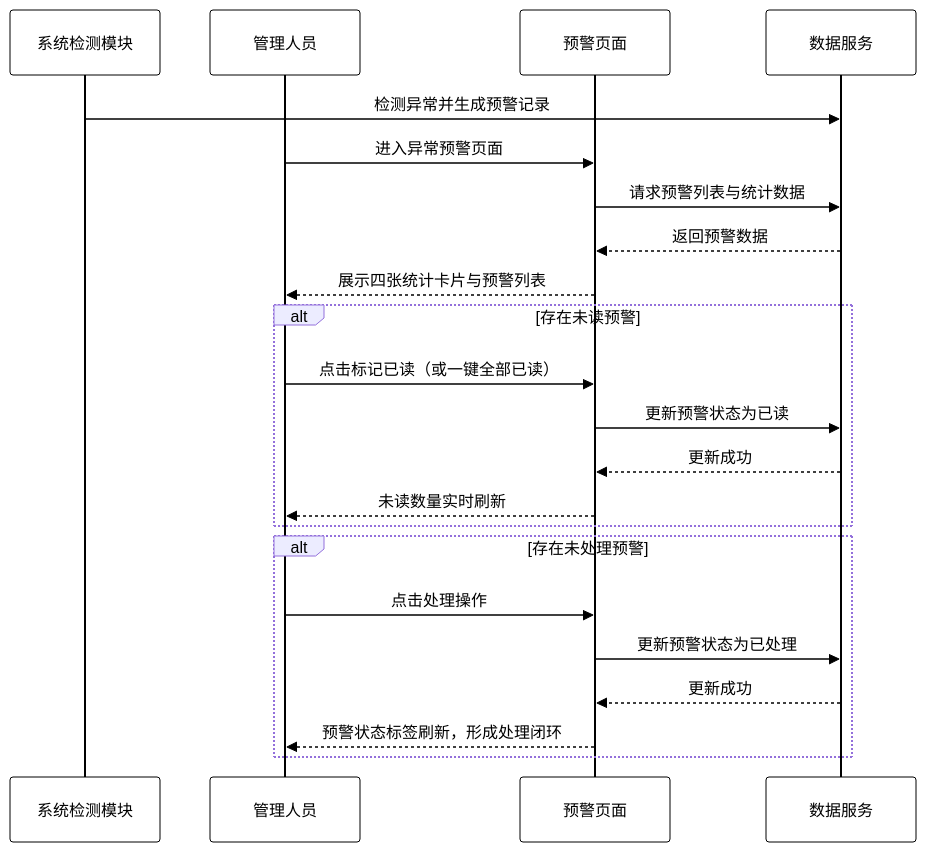
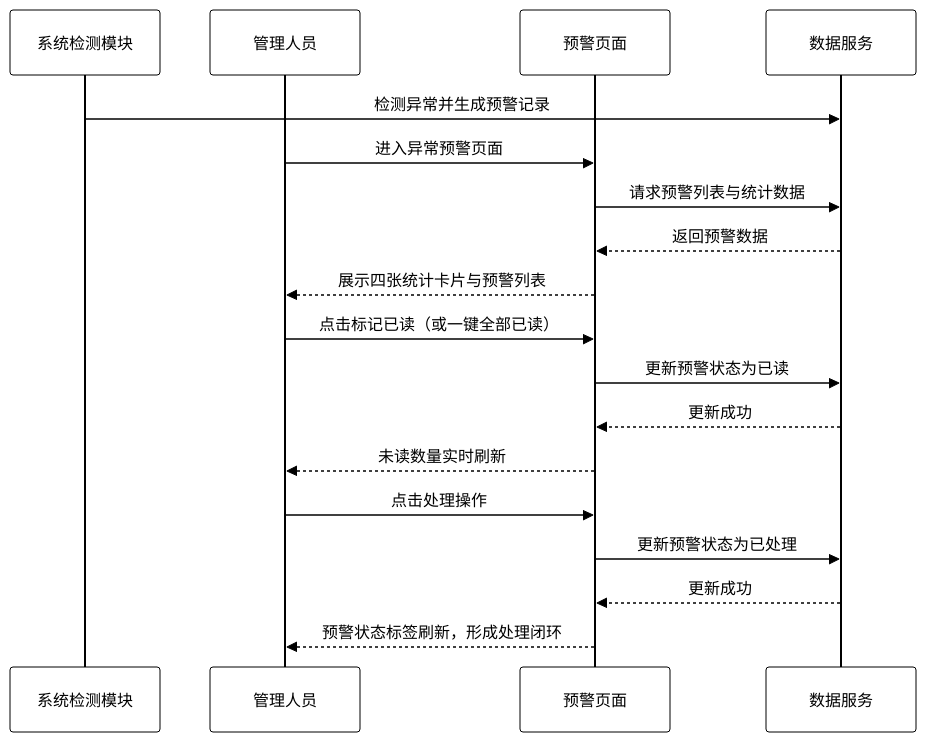
Diagram 20 of 24 in docs/功能需求分析与用例图.md (carl-Tu/campus-management), drawn with Mermaid before and after one commit. The commit also changed other lines of this file, not shown here.

Commit message:
perfect：时序图

````diff
--- a/docs/功能需求分析与用例图.md
+++ b/docs/功能需求分析与用例图.md
@@ -692,26 +669,22 @@
 ```mermaid
 sequenceDiagram
   %%{init: {"themeVariables": {"actorBkg": "#ffffff", "actorBorder": "#000000", "actorTextColor": "#000000", "actorLineColor": "#000000", "signalColor": "#000000", "signalTextColor": "#000000", "noteBkgColor": "#ffffff", "noteBorderColor": "#000000"}}}%%
   participant S as 系统检测模块
   participant M as 管理人员
   participant P as 预警页面
   participant D as 数据服务
 
   S->>D: 检测异常并生成预警记录
   M->>P: 进入异常预警页面
   P->>D: 请求预警列表与统计数据
   D-->>P: 返回预警数据
   P-->>M: 展示四张统计卡片与预警列表
-  alt 存在未读预警
-    M->>P: 点击标记已读（或一键全部已读）
-    P->>D: 更新预警状态为已读
-    D-->>P: 更新成功
-    P-->>M: 未读数量实时刷新
-  end
-  alt 存在未处理预警
-    M->>P: 点击处理操作
-    P->>D: 更新预警状态为已处理
-    D-->>P: 更新成功
-    P-->>M: 预警状态标签刷新，形成处理闭环
-  end
+  M->>P: 点击标记已读（或一键全部已读）
+  P->>D: 更新预警状态为已读
+  D-->>P: 更新成功
+  P-->>M: 未读数量实时刷新
+  M->>P: 点击处理操作
+  P->>D: 更新预警状态为已处理
+  D-->>P: 更新成功
+  P-->>M: 预警状态标签刷新，形成处理闭环
 ```
````
